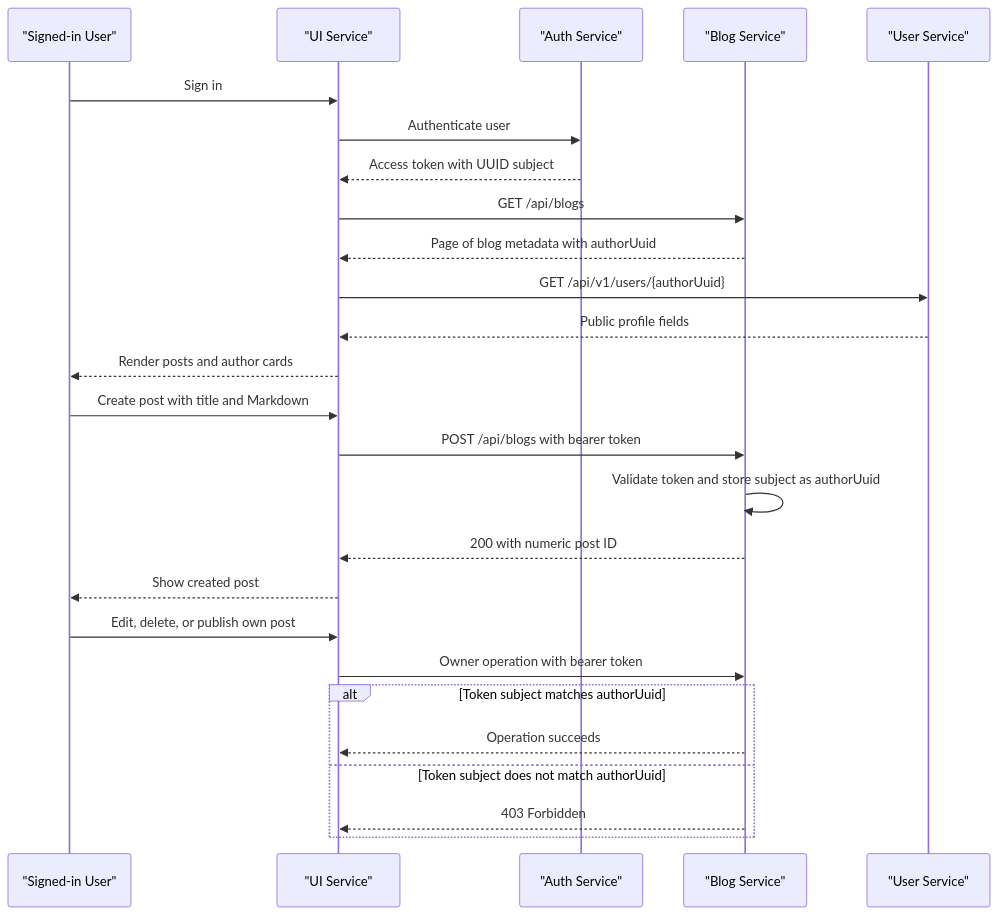
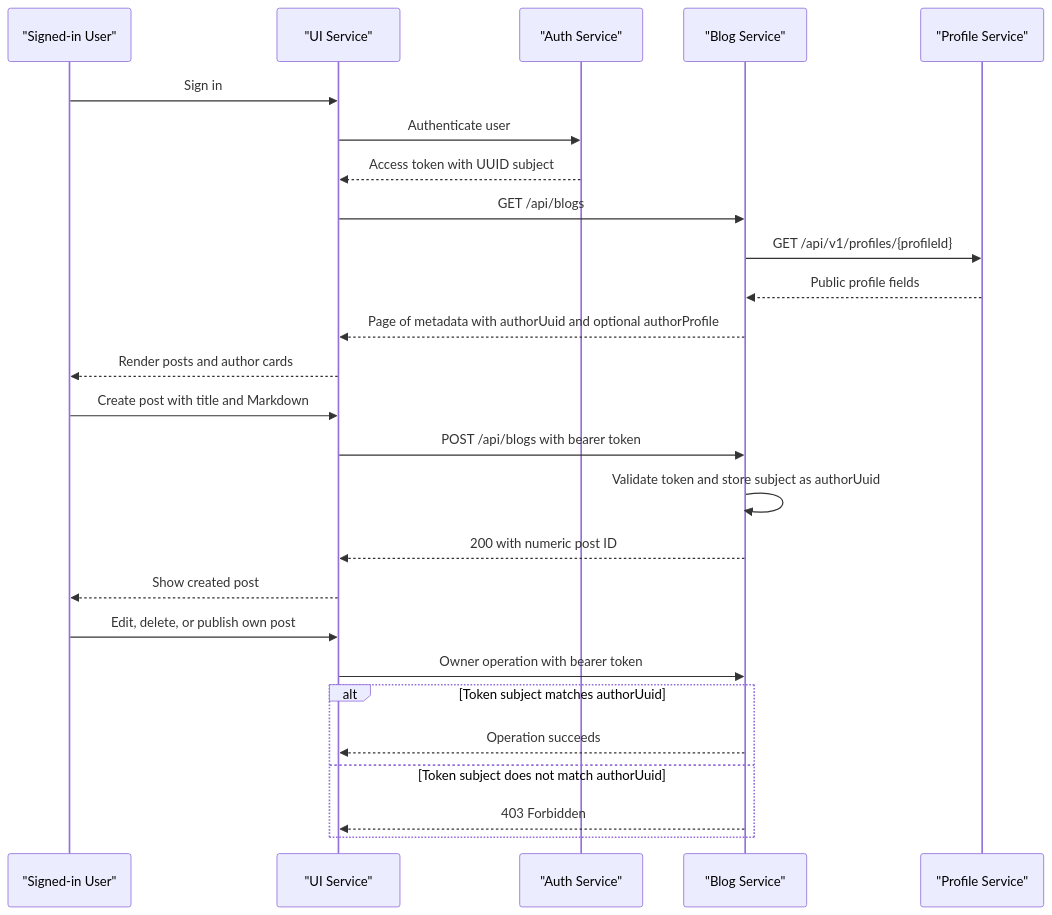
Before and after one commit to devopswithprashant/dwp-platform-ui: the diagram in context-for-ui-by-blog-service.md, drawn with Mermaid. The commit also changed other lines of this file and 20 other files, not shown here.

Commit message:
feat: renamed profile service

````diff
--- a/context-for-ui-by-blog-service.md
+++ b/context-for-ui-by-blog-service.md
@@ -189,29 +178,29 @@
 ```mermaid
 sequenceDiagram
     participant User as "Signed-in User"
     participant UI as "UI Service"
     participant Auth as "Auth Service"
     participant Blog as "Blog Service"
-    participant Profile as "User Service"
+    participant Profile as "Profile Service"
 
     User->>UI: Sign in
     UI->>Auth: Authenticate user
     Auth-->>UI: Access token with UUID subject
     UI->>Blog: GET /api/blogs
-    Blog-->>UI: Page of blog metadata with authorUuid
-    UI->>Profile: GET /api/v1/users/{authorUuid}
-    Profile-->>UI: Public profile fields
+    Blog->>Profile: GET /api/v1/profiles/{profileId}
+    Profile-->>Blog: Public profile fields
+    Blog-->>UI: Page of metadata with authorUuid and optional authorProfile
     UI-->>User: Render posts and author cards
     User->>UI: Create post with title and Markdown
     UI->>Blog: POST /api/blogs with bearer token
     Blog->>Blog: Validate token and store subject as authorUuid
     Blog-->>UI: 200 with numeric post ID
     UI-->>User: Show created post
     User->>UI: Edit, delete, or publish own post
     UI->>Blog: Owner operation with bearer token
     alt Token subject matches authorUuid
         Blog-->>UI: Operation succeeds
     else Token subject does not match authorUuid
         Blog-->>UI: 403 Forbidden
     end
 ```
````
